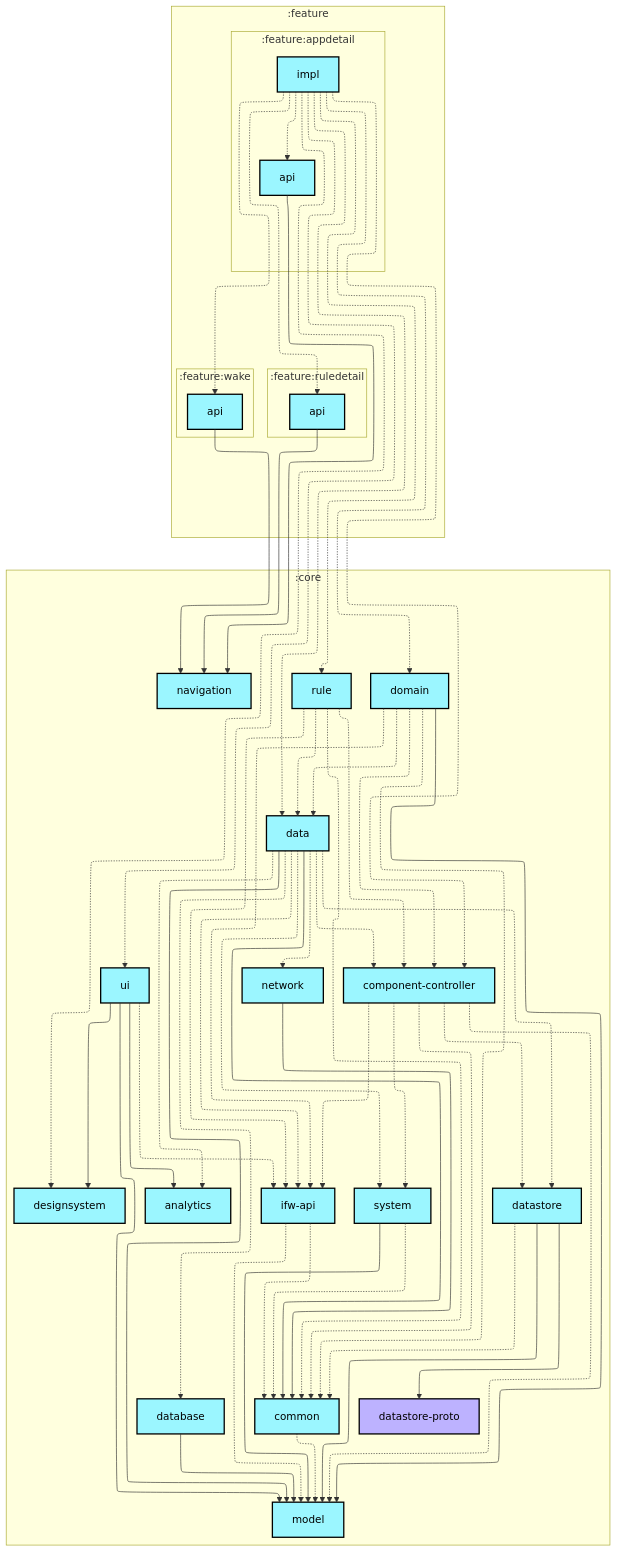
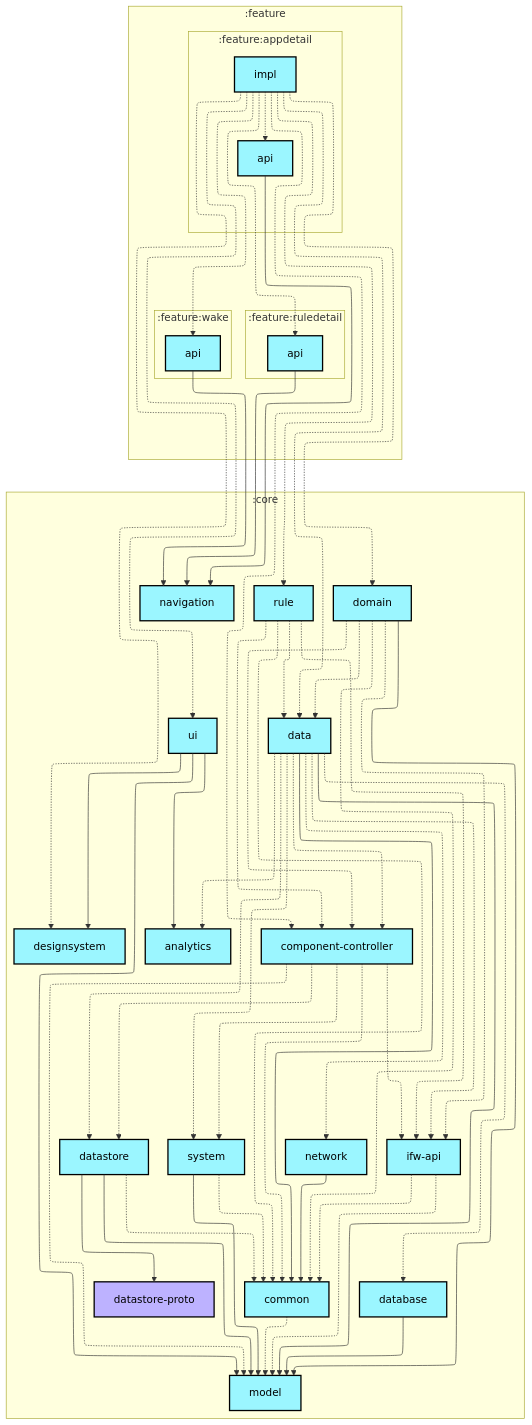
One commit to lihenggui/blocker changed the first of 2 diagrams in feature/appdetail/impl/README.md. Above: the diagram before and after it, drawn with Mermaid. The commit also changed 94 other files, not shown here.

First line of the commit message:
Remove IFW visual editor UI while preserving core IFW support

```diff
--- a/feature/appdetail/impl/README.md
+++ b/feature/appdetail/impl/README.md
@@ -82,7 +82,6 @@
   :core:system --> :core:model
   :core:ui --> :core:analytics
   :core:ui --> :core:designsystem
-  :core:ui -.-> :core:ifw-api
   :core:ui --> :core:model
   :feature:appdetail:api --> :core:navigation
   :feature:appdetail:impl -.-> :core:component-controller
```
